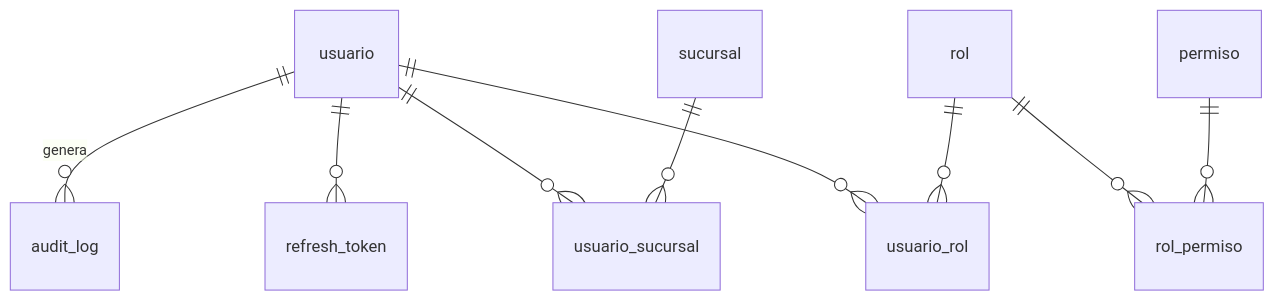
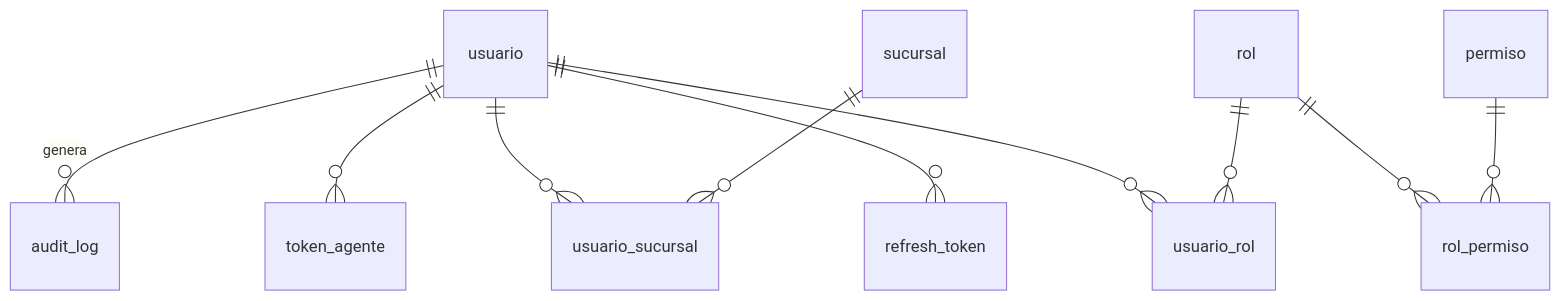
The second of 3 diagrams in docs/architecture/data-model.md (rrojasda94/provecho-erp), drawn with Mermaid before and after one commit. The commit also changed other lines of this file and 25 other files, not shown here.

````diff
--- a/docs/architecture/data-model.md
+++ b/docs/architecture/data-model.md
@@ -133,11 +142,12 @@
 ```mermaid
 erDiagram
     usuario ||--o{ usuario_rol : ""
     rol ||--o{ usuario_rol : ""
     rol ||--o{ rol_permiso : ""
     permiso ||--o{ rol_permiso : ""
     usuario ||--o{ usuario_sucursal : ""
     sucursal ||--o{ usuario_sucursal : ""
     usuario ||--o{ refresh_token : ""
+    usuario ||--o{ token_agente : ""
     usuario ||--o{ audit_log : genera
 ```
````
